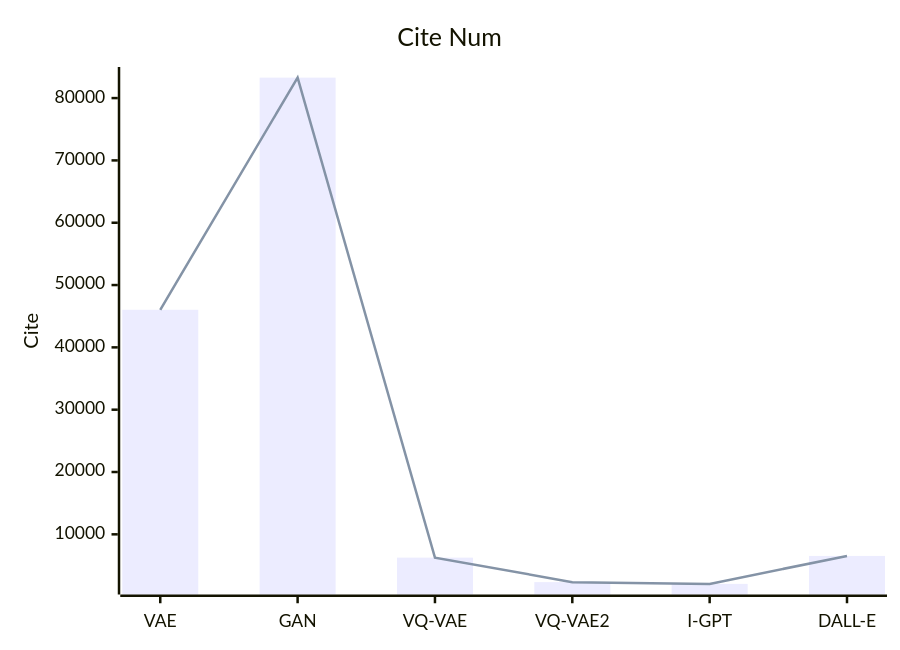
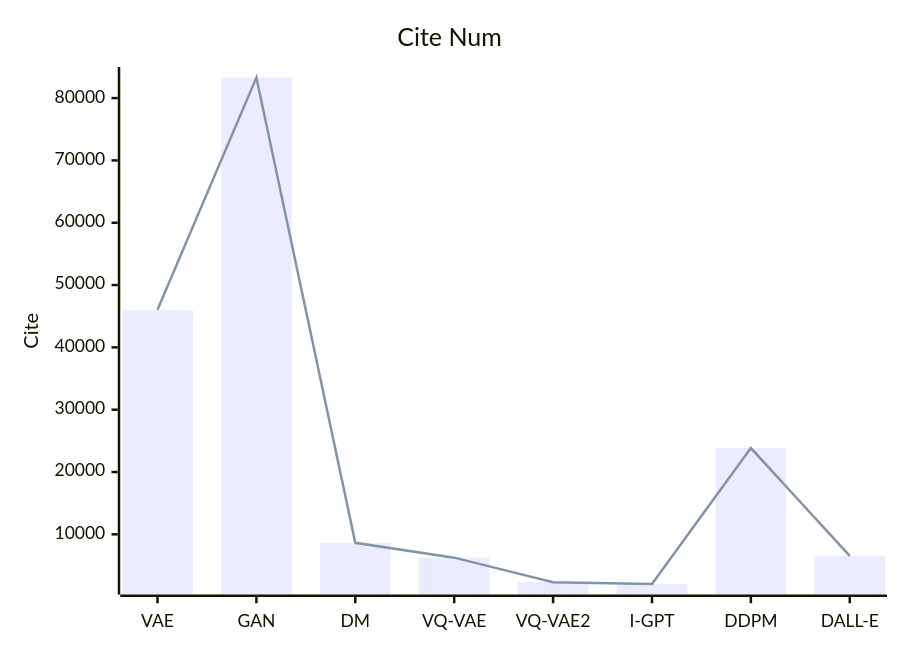
One commit to Elephant-King9/Paper changed the fourth of 4 diagrams in Base_Model/GAN+VAE+Diffusion/analyse.md. Above: the diagram before and after it, drawn with Mermaid. The commit also changed other lines of this file and 5 other files, not shown here.

````diff
--- a/Base_Model/GAN+VAE+Diffusion/analyse.md
+++ b/Base_Model/GAN+VAE+Diffusion/analyse.md
@@ -69,8 +83,8 @@
 ```mermaid
     xychart-beta
     title "Cite Num"
-    x-axis [VAE,GAN,VQ-VAE,VQ-VAE2,I-GPT,DALL-E]
+    x-axis [VAE,GAN,DM,VQ-VAE,VQ-VAE2,I-GPT,DDPM,DALL-E]
     y-axis "Cite" 
-    bar [46034, 83283, 6258, 2329, 2050, 6536]
-    line [46034, 83283, 6258, 2329, 2050, 6536]
+    bar [46034, 83283, 8634,6258, 2329, 2050, 23847, 6536]
+    line [46034, 83283, 8634,6258, 2329, 2050, 23847, 6536]
 ```
````
